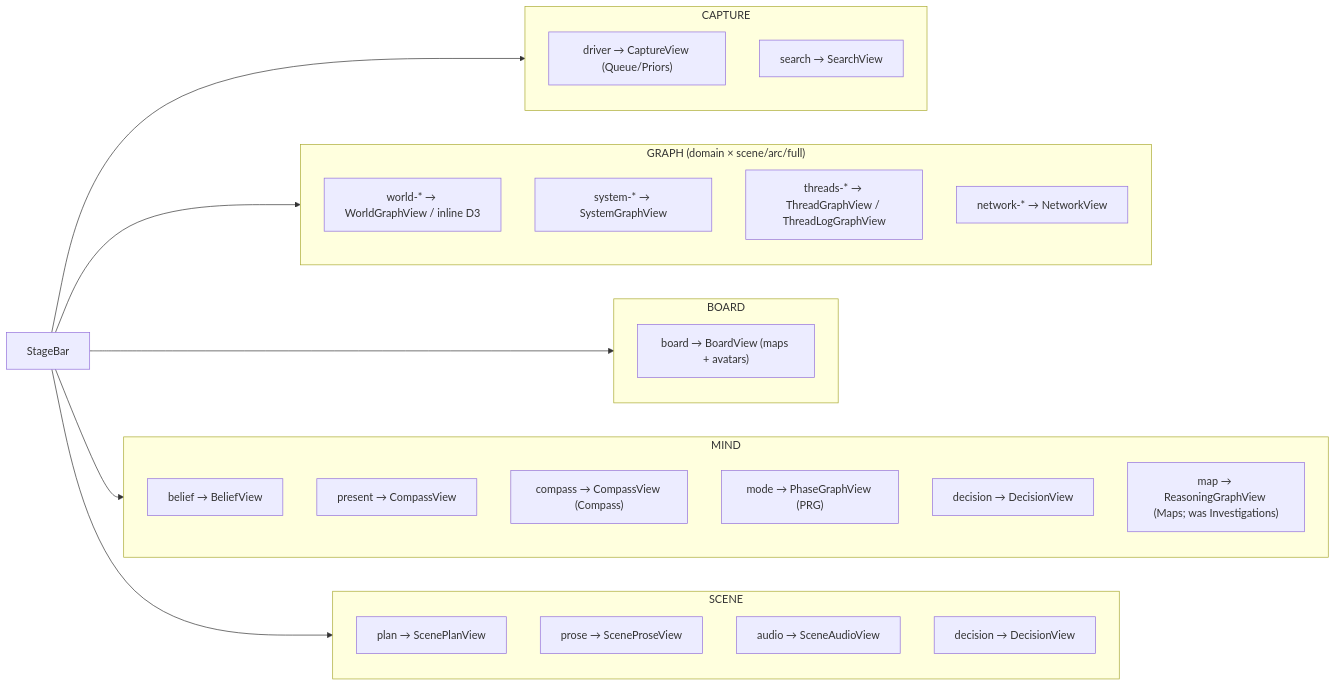
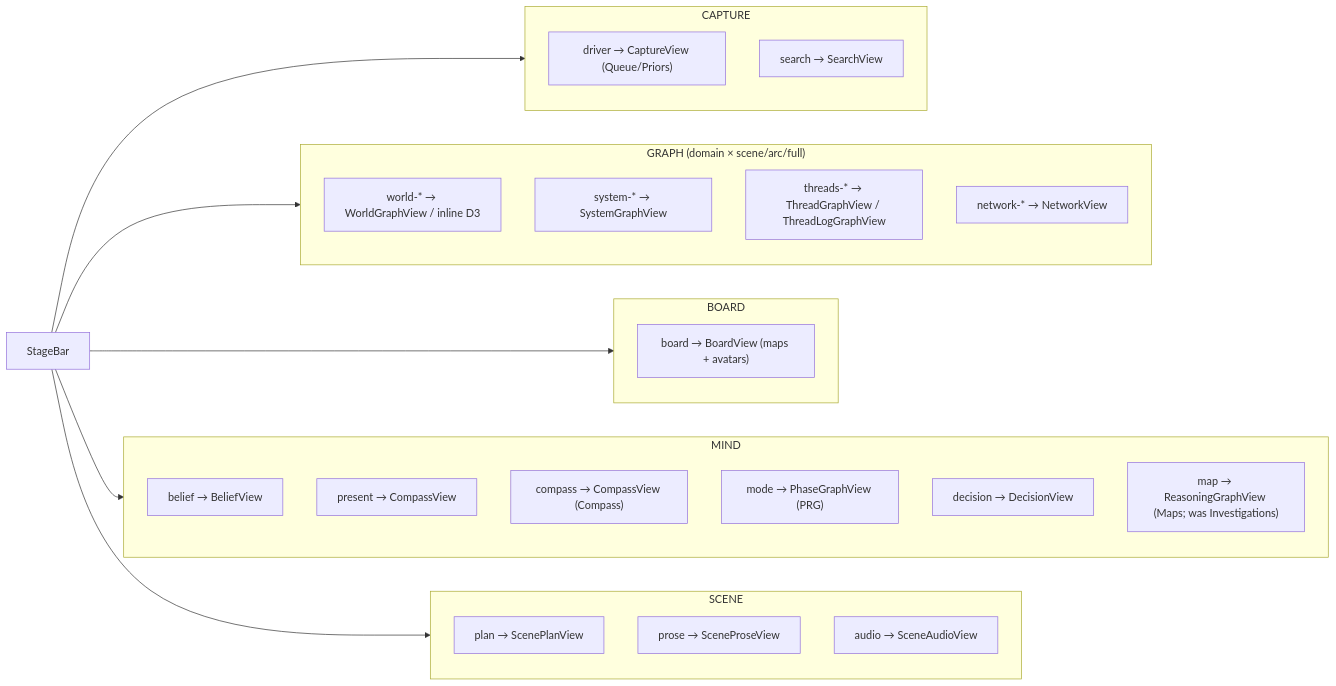
One commit to jasonyu0100/meridians changed the third of 7 diagrams in MERMAID.md. Above: the diagram before and after it, drawn with Mermaid. The commit also changed 1 other file, not shown here.

Commit message:
Docs: drop stale Decision from MERMAID Scene cluster (now in Mind)

````diff
--- a/MERMAID.md
+++ b/MERMAID.md
@@ -63,33 +63,32 @@
 ```mermaid
 flowchart LR
     CTB["StageBar"]
     CTB --> Capture & Graph & Board & Mind & Scene
 
     subgraph Capture["CAPTURE"]
         d1["driver → CaptureView (Queue/Priors)"]
         d2["search → SearchView"]
     end
     subgraph Graph["GRAPH (domain × scene/arc/full)"]
         g1["world-* → WorldGraphView / inline D3"]
         g2["system-* → SystemGraphView"]
         g3["threads-* → ThreadGraphView / ThreadLogGraphView"]
         g4["network-* → NetworkView"]
     end
     subgraph Board["BOARD"]
         b1["board → BoardView (maps + avatars)"]
     end
     subgraph Mind["MIND"]
         c1["belief → BeliefView"]
         c2["present → CompassView"]
         c3["compass → CompassView (Compass)"]
         c4["mode → PhaseGraphView (PRG)"]
         c5["decision → DecisionView"]
         c6["map → ReasoningGraphView (Maps; was Investigations)"]
     end
     subgraph Scene["SCENE"]
         s2["plan → ScenePlanView"]
         s3["prose → SceneProseView"]
         s4["audio → SceneAudioView"]
-        s5["decision → DecisionView"]
     end
 ```
````
